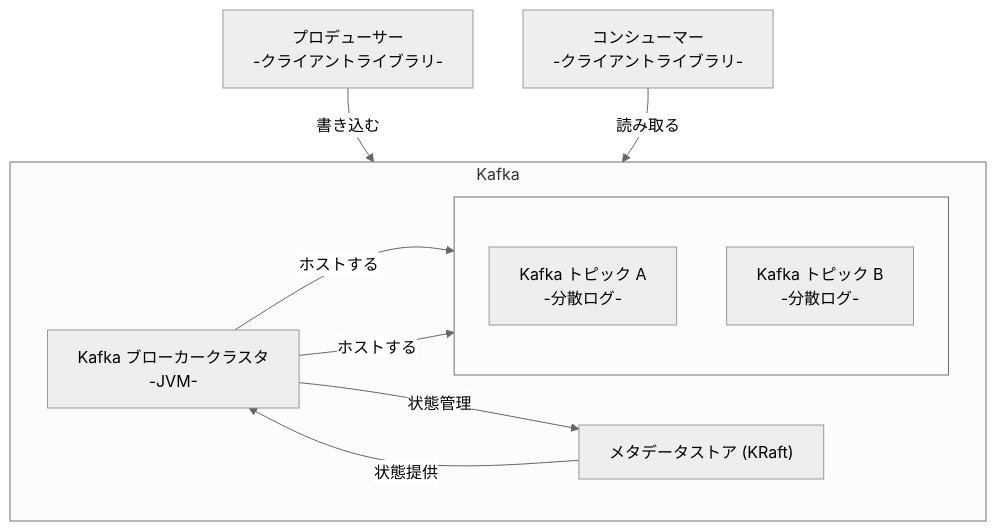
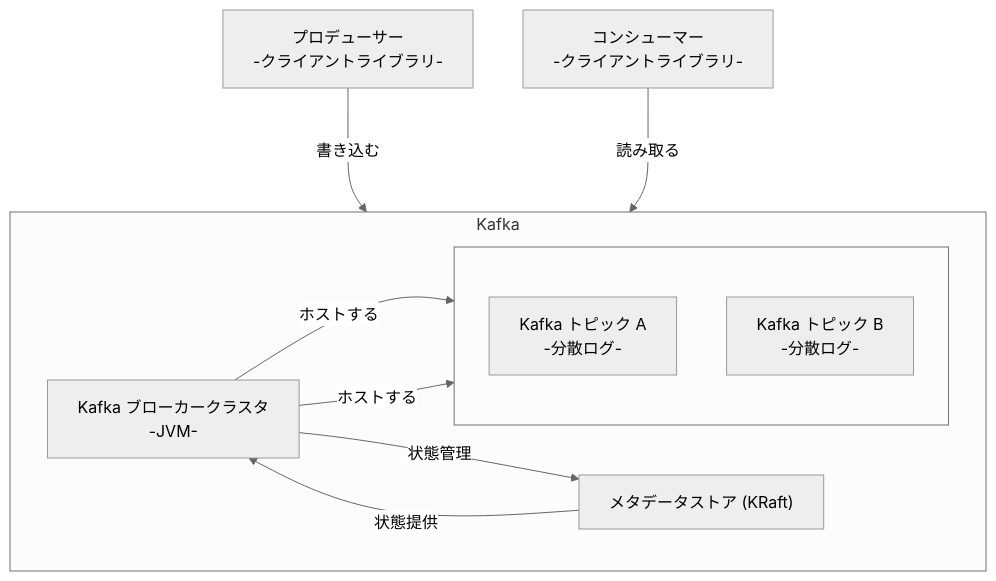
One commit to suwa-sh/zenn-contents changed the second of 5 diagrams in articles/kafka_20250928.md. Above: the diagram before and after it, drawn with Mermaid (neutral theme). The commit also changed other lines of this file, not shown here.

````diff
--- a/articles/kafka_20250928.md
+++ b/articles/kafka_20250928.md
@@ -99,23 +99,23 @@
 ```mermaid
 graph TD
     subgraph "Kafka"
         direction LR
         broker_cluster["Kafka ブローカークラスタ<br/>-JVM-"]
         metadata_store["メタデータストア (KRaft)"]
         subgraph " "
             direction TB
             topic_a["Kafka トピック A<br/>-分散ログ-"]
             topic_b["Kafka トピック B<br/>-分散ログ-"]
         end
         broker_cluster -- "ホストする" --> topic_a
         broker_cluster -- "ホストする" --> topic_b
         broker_cluster -- "状態管理" --> metadata_store
         metadata_store -- "状態提供" --> broker_cluster
     end
 
     producer_app["プロデューサー<br/>-クライアントライブラリ-"]
     consumer_app["コンシューマー<br/>-クライアントライブラリ-"]
 
-    producer_app -- "書き込む" --> topic_a
-    consumer_app -- "読み取る" --> topic_b
+    producer_app -- "書き込む" ---> topic_a
+    consumer_app -- "読み取る" ---> topic_b
 ```
````
